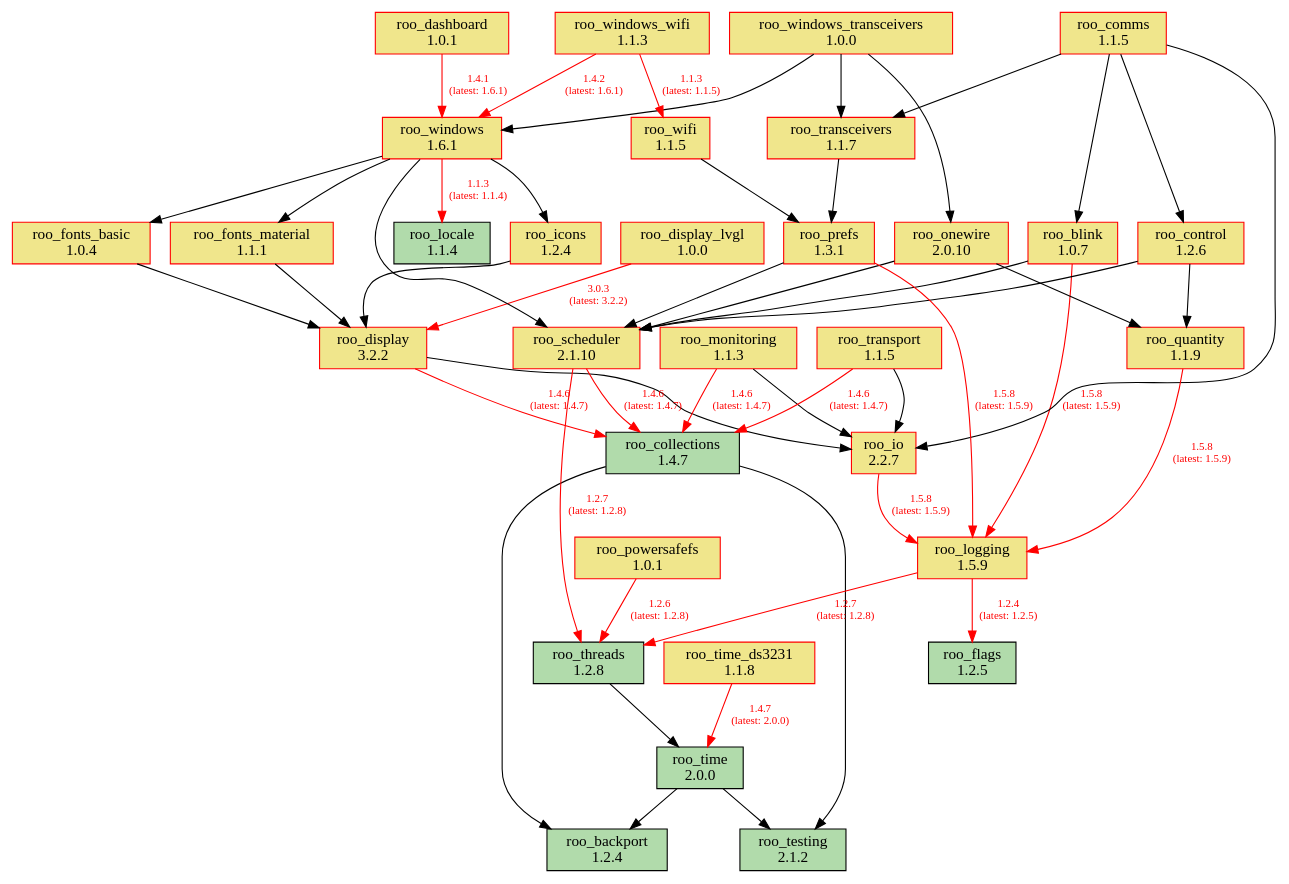
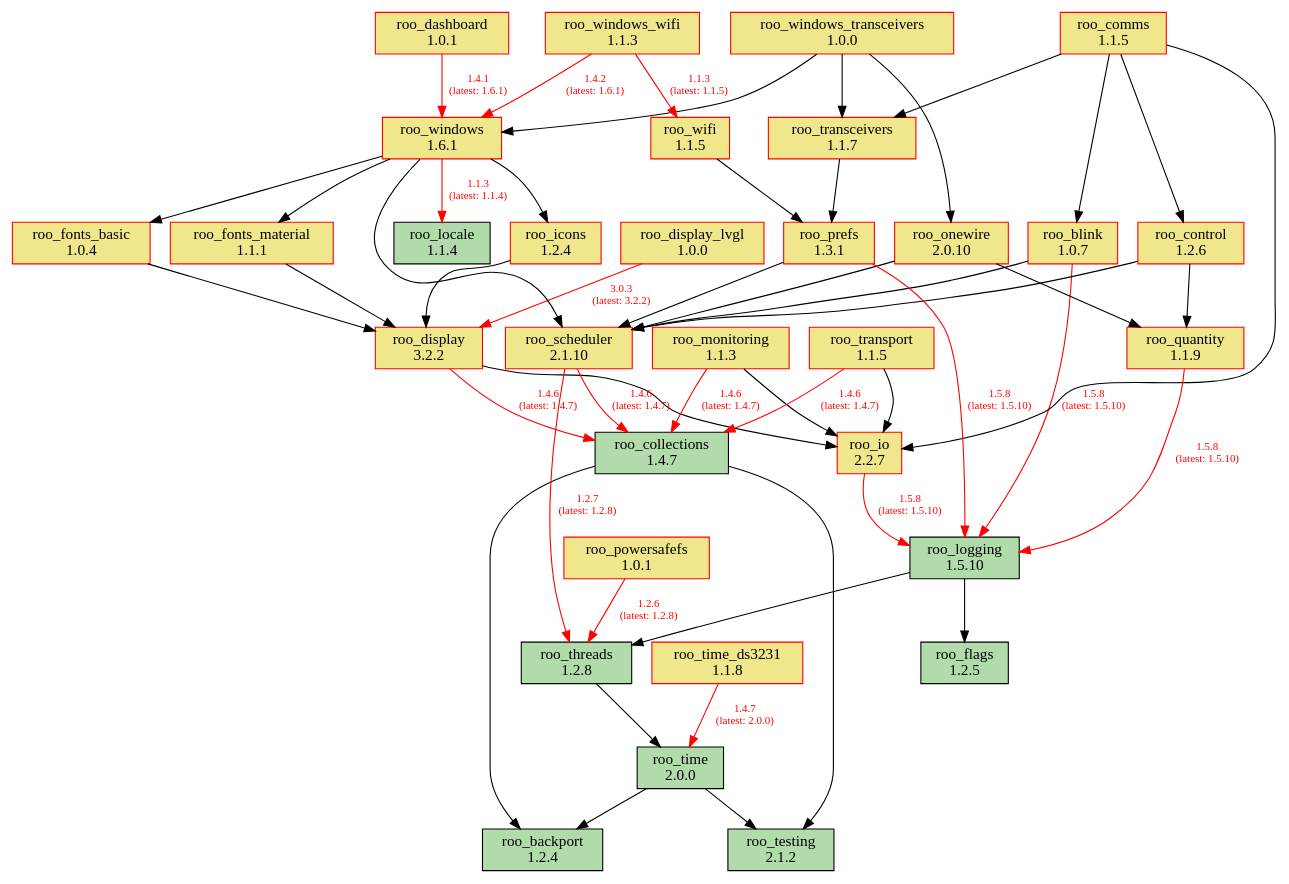
One commit to dejwk/roo-registry changed the diagram in doc/dependencies.dot. Above: the diagram before and after it, drawn with Graphviz. The commit also changed 3 other files, not shown here.

Commit message:
Added roo_logging 1.5.10 to the registry.

```diff
--- a/doc/dependencies.dot
+++ b/doc/dependencies.dot
@@ -1,88 +1,88 @@
 digraph dependencies {
     rankdir=TB;
     node [shape=box, style=filled];
     edge [fontsize=10];
 
     // Modules
     "roo_backport" [label="roo_backport\n1.2.4", fillcolor="#b1dbab", color="black"];
     "roo_blink" [label="roo_blink\n1.0.7", fillcolor="khaki", color="red"];
     "roo_collections" [label="roo_collections\n1.4.7", fillcolor="#b1dbab", color="black"];
     "roo_comms" [label="roo_comms\n1.1.5", fillcolor="khaki", color="red"];
     "roo_control" [label="roo_control\n1.2.6", fillcolor="khaki", color="red"];
     "roo_dashboard" [label="roo_dashboard\n1.0.1", fillcolor="khaki", color="red"];
     "roo_display" [label="roo_display\n3.2.2", fillcolor="khaki", color="red"];
     "roo_display_lvgl" [label="roo_display_lvgl\n1.0.0", fillcolor="khaki", color="red"];
     "roo_flags" [label="roo_flags\n1.2.5", fillcolor="#b1dbab", color="black"];
     "roo_fonts_basic" [label="roo_fonts_basic\n1.0.4", fillcolor="khaki", color="red"];
     "roo_fonts_material" [label="roo_fonts_material\n1.1.1", fillcolor="khaki", color="red"];
     "roo_icons" [label="roo_icons\n1.2.4", fillcolor="khaki", color="red"];
     "roo_io" [label="roo_io\n2.2.7", fillcolor="khaki", color="red"];
     "roo_locale" [label="roo_locale\n1.1.4", fillcolor="#b1dbab", color="black"];
-    "roo_logging" [label="roo_logging\n1.5.9", fillcolor="khaki", color="red"];
+    "roo_logging" [label="roo_logging\n1.5.10", fillcolor="#b1dbab", color="black"];
     "roo_monitoring" [label="roo_monitoring\n1.1.3", fillcolor="khaki", color="red"];
     "roo_onewire" [label="roo_onewire\n2.0.10", fillcolor="khaki", color="red"];
     "roo_powersafefs" [label="roo_powersafefs\n1.0.1", fillcolor="khaki", color="red"];
     "roo_prefs" [label="roo_prefs\n1.3.1", fillcolor="khaki", color="red"];
     "roo_quantity" [label="roo_quantity\n1.1.9", fillcolor="khaki", color="red"];
     "roo_scheduler" [label="roo_scheduler\n2.1.10", fillcolor="khaki", color="red"];
     "roo_testing" [label="roo_testing\n2.1.2", fillcolor="#b1dbab", color="black"];
     "roo_threads" [label="roo_threads\n1.2.8", fillcolor="#b1dbab", color="black"];
     "roo_time" [label="roo_time\n2.0.0", fillcolor="#b1dbab", color="black"];
     "roo_time_ds3231" [label="roo_time_ds3231\n1.1.8", fillcolor="khaki", color="red"];
     "roo_transceivers" [label="roo_transceivers\n1.1.7", fillcolor="khaki", color="red"];
     "roo_transport" [label="roo_transport\n1.1.5", fillcolor="khaki", color="red"];
     "roo_wifi" [label="roo_wifi\n1.1.5", fillcolor="khaki", color="red"];
     "roo_windows" [label="roo_windows\n1.6.1", fillcolor="khaki", color="red"];
     "roo_windows_transceivers" [label="roo_windows_transceivers\n1.0.0", fillcolor="khaki", color="red"];
     "roo_windows_wifi" [label="roo_windows_wifi\n1.1.3", fillcolor="khaki", color="red"];
 
     // Dependencies
-    "roo_blink" -> "roo_logging" [color=red, fontcolor=red, label="1.5.8\n(latest: 1.5.9)"];
+    "roo_blink" -> "roo_logging" [color=red, fontcolor=red, label="1.5.8\n(latest: 1.5.10)"];
     "roo_blink" -> "roo_scheduler";
     "roo_collections" -> "roo_testing";
     "roo_collections" -> "roo_backport";
     "roo_comms" -> "roo_blink";
     "roo_comms" -> "roo_control";
     "roo_comms" -> "roo_io";
     "roo_comms" -> "roo_transceivers";
     "roo_control" -> "roo_quantity";
     "roo_control" -> "roo_scheduler";
     "roo_dashboard" -> "roo_windows" [color=red, fontcolor=red, label="1.4.1\n(latest: 1.6.1)"];
     "roo_display" -> "roo_collections" [color=red, fontcolor=red, label="1.4.6\n(latest: 1.4.7)"];
     "roo_display" -> "roo_io";
     "roo_display_lvgl" -> "roo_display" [color=red, fontcolor=red, label="3.0.3\n(latest: 3.2.2)"];
     "roo_fonts_basic" -> "roo_display";
     "roo_fonts_material" -> "roo_display";
     "roo_icons" -> "roo_display";
-    "roo_io" -> "roo_logging" [color=red, fontcolor=red, label="1.5.8\n(latest: 1.5.9)"];
-    "roo_logging" -> "roo_flags" [color=red, fontcolor=red, label="1.2.4\n(latest: 1.2.5)"];
-    "roo_logging" -> "roo_threads" [color=red, fontcolor=red, label="1.2.7\n(latest: 1.2.8)"];
+    "roo_io" -> "roo_logging" [color=red, fontcolor=red, label="1.5.8\n(latest: 1.5.10)"];
+    "roo_logging" -> "roo_flags";
+    "roo_logging" -> "roo_threads";
     "roo_monitoring" -> "roo_collections" [color=red, fontcolor=red, label="1.4.6\n(latest: 1.4.7)"];
     "roo_monitoring" -> "roo_io";
     "roo_onewire" -> "roo_scheduler";
     "roo_onewire" -> "roo_quantity";
     "roo_powersafefs" -> "roo_threads" [color=red, fontcolor=red, label="1.2.6\n(latest: 1.2.8)"];
-    "roo_prefs" -> "roo_logging" [color=red, fontcolor=red, label="1.5.8\n(latest: 1.5.9)"];
+    "roo_prefs" -> "roo_logging" [color=red, fontcolor=red, label="1.5.8\n(latest: 1.5.10)"];
     "roo_prefs" -> "roo_scheduler";
-    "roo_quantity" -> "roo_logging" [color=red, fontcolor=red, label="1.5.8\n(latest: 1.5.9)"];
+    "roo_quantity" -> "roo_logging" [color=red, fontcolor=red, label="1.5.8\n(latest: 1.5.10)"];
     "roo_scheduler" -> "roo_collections" [color=red, fontcolor=red, label="1.4.6\n(latest: 1.4.7)"];
     "roo_scheduler" -> "roo_threads" [color=red, fontcolor=red, label="1.2.7\n(latest: 1.2.8)"];
     "roo_threads" -> "roo_time";
     "roo_time" -> "roo_testing";
     "roo_time" -> "roo_backport";
     "roo_time_ds3231" -> "roo_time" [color=red, fontcolor=red, label="1.4.7\n(latest: 2.0.0)"];
     "roo_transceivers" -> "roo_prefs";
     "roo_transport" -> "roo_collections" [color=red, fontcolor=red, label="1.4.6\n(latest: 1.4.7)"];
     "roo_transport" -> "roo_io";
     "roo_wifi" -> "roo_prefs";
     "roo_windows" -> "roo_fonts_basic";
     "roo_windows" -> "roo_fonts_material";
     "roo_windows" -> "roo_locale" [color=red, fontcolor=red, label="1.1.3\n(latest: 1.1.4)"];
     "roo_windows" -> "roo_icons";
     "roo_windows" -> "roo_scheduler";
     "roo_windows_transceivers" -> "roo_onewire";
     "roo_windows_transceivers" -> "roo_transceivers";
     "roo_windows_transceivers" -> "roo_windows";
     "roo_windows_wifi" -> "roo_wifi" [color=red, fontcolor=red, label="1.1.3\n(latest: 1.1.5)"];
     "roo_windows_wifi" -> "roo_windows" [color=red, fontcolor=red, label="1.4.2\n(latest: 1.6.1)"];
 }
```
